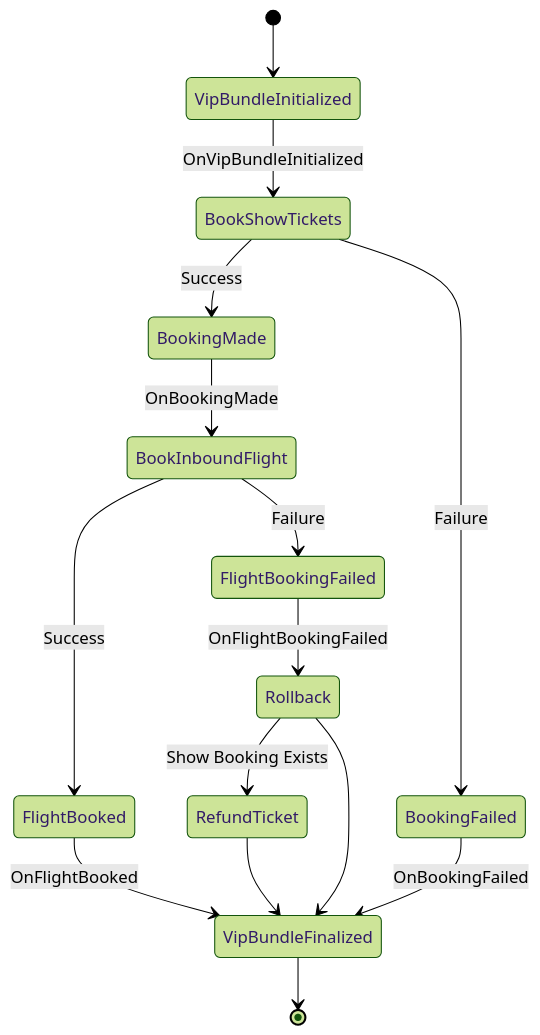
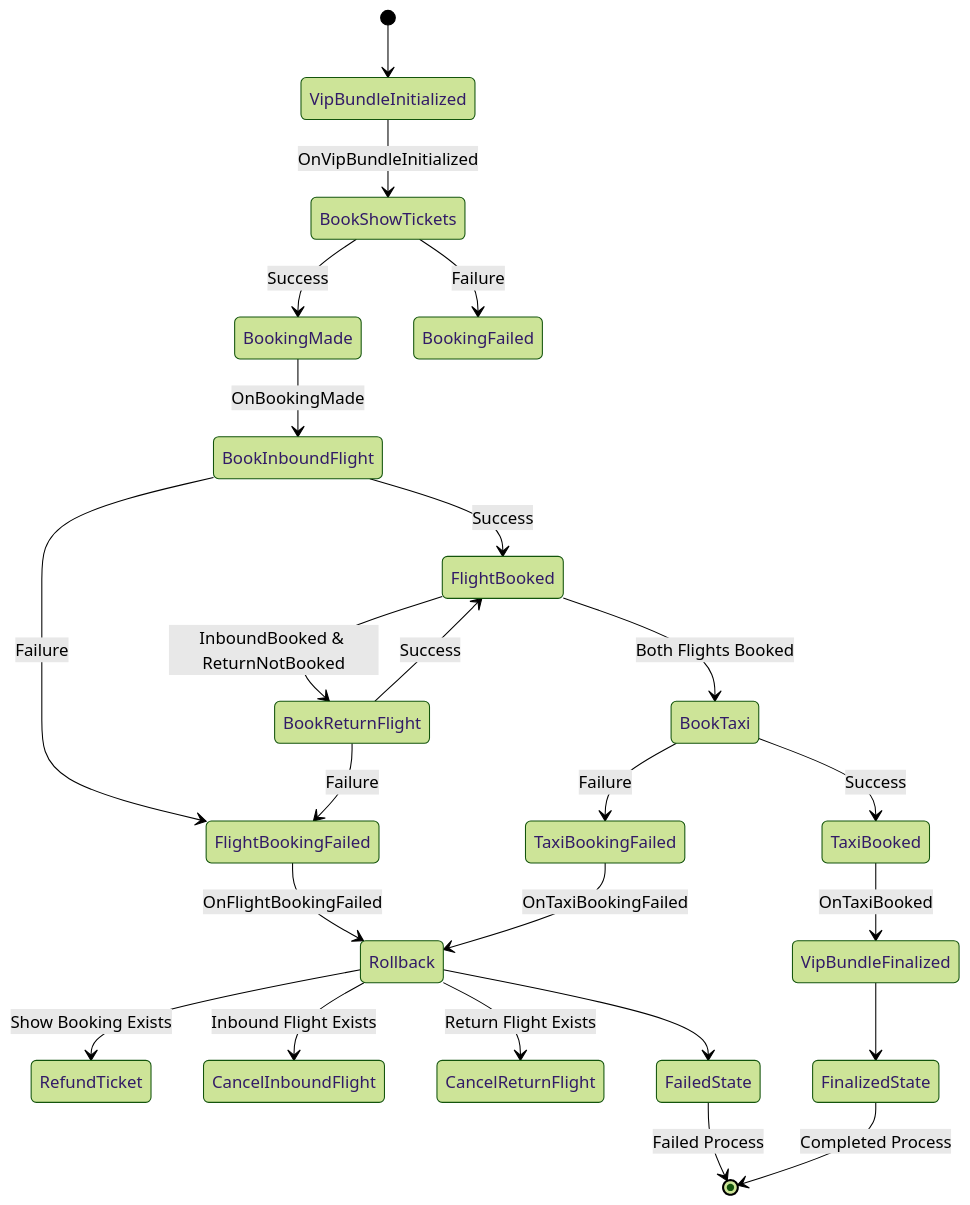
The diagram in project-modeling-process-manager/exercise.md (longlnOff/go-event-driven), drawn with Mermaid (forest theme) before and after one commit. The commit also changed other lines of this file and 18 other files, not shown here.

````diff
--- a/project-modeling-process-manager/exercise.md
+++ b/project-modeling-process-manager/exercise.md
@@ -60,17 +29,26 @@
 ```mermaid
 stateDiagram-v2
     [*] --> VipBundleInitialized
     VipBundleInitialized --> BookShowTickets : OnVipBundleInitialized
     BookShowTickets --> BookingMade : Success
     BookShowTickets --> BookingFailed : Failure
     BookingMade --> BookInboundFlight : OnBookingMade
     BookInboundFlight --> FlightBooked : Success
     BookInboundFlight --> FlightBookingFailed : Failure
-    FlightBooked --> VipBundleFinalized : OnFlightBooked
+    FlightBooked --> BookReturnFlight : InboundBooked & ReturnNotBooked
+    FlightBooked --> BookTaxi : Both Flights Booked
+    BookReturnFlight --> FlightBooked : Success
+    BookReturnFlight --> FlightBookingFailed : Failure
     FlightBookingFailed --> Rollback : OnFlightBookingFailed
-    BookingFailed --> VipBundleFinalized : OnBookingFailed
+    BookTaxi --> TaxiBooked : Success
+    BookTaxi --> TaxiBookingFailed : Failure
+    TaxiBooked --> VipBundleFinalized : OnTaxiBooked
+    TaxiBookingFailed --> Rollback : OnTaxiBookingFailed
     Rollback --> RefundTicket : Show Booking Exists
-    Rollback --> VipBundleFinalized
-    RefundTicket --> VipBundleFinalized
-    VipBundleFinalized --> [*]
+    Rollback --> CancelInboundFlight : Inbound Flight Exists
+    Rollback --> CancelReturnFlight : Return Flight Exists
+    Rollback --> FailedState
+    VipBundleFinalized --> FinalizedState
+    FailedState --> [*] : Failed Process
+    FinalizedState --> [*] : Completed Process
 ```
````
